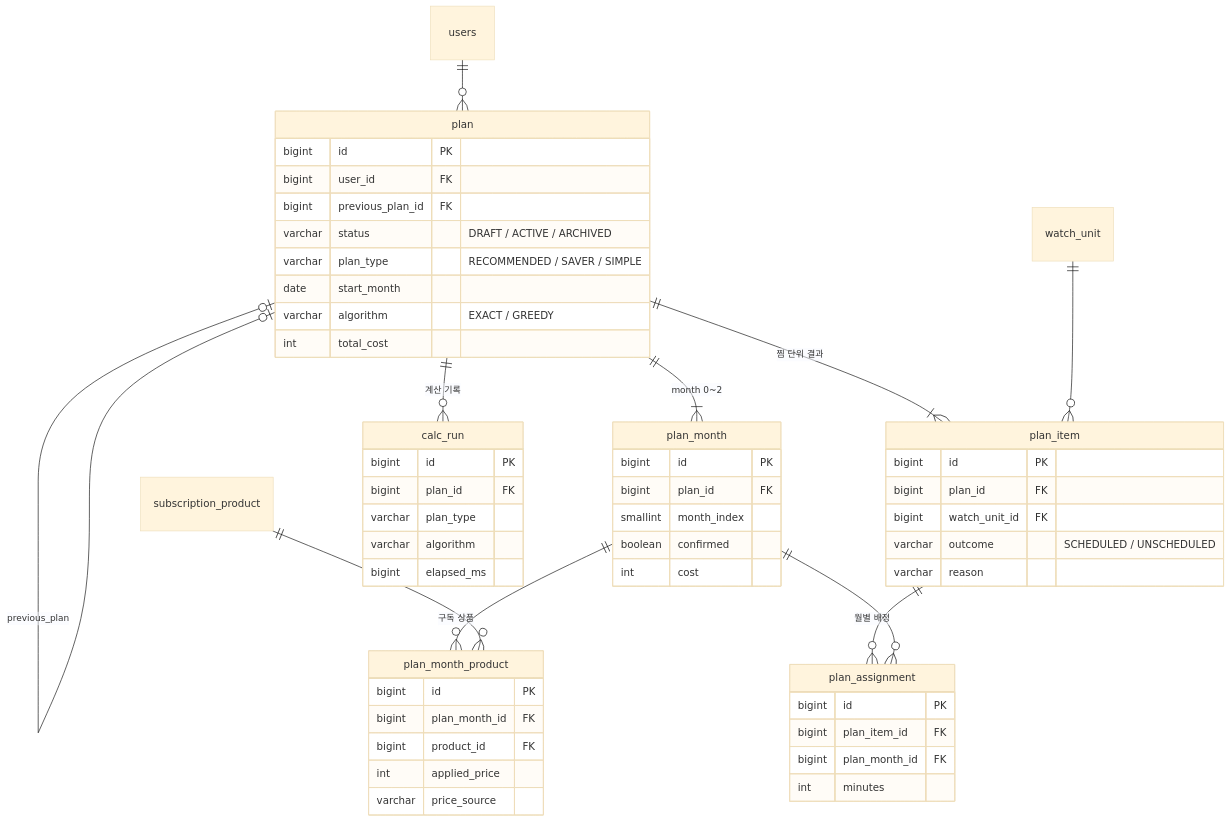
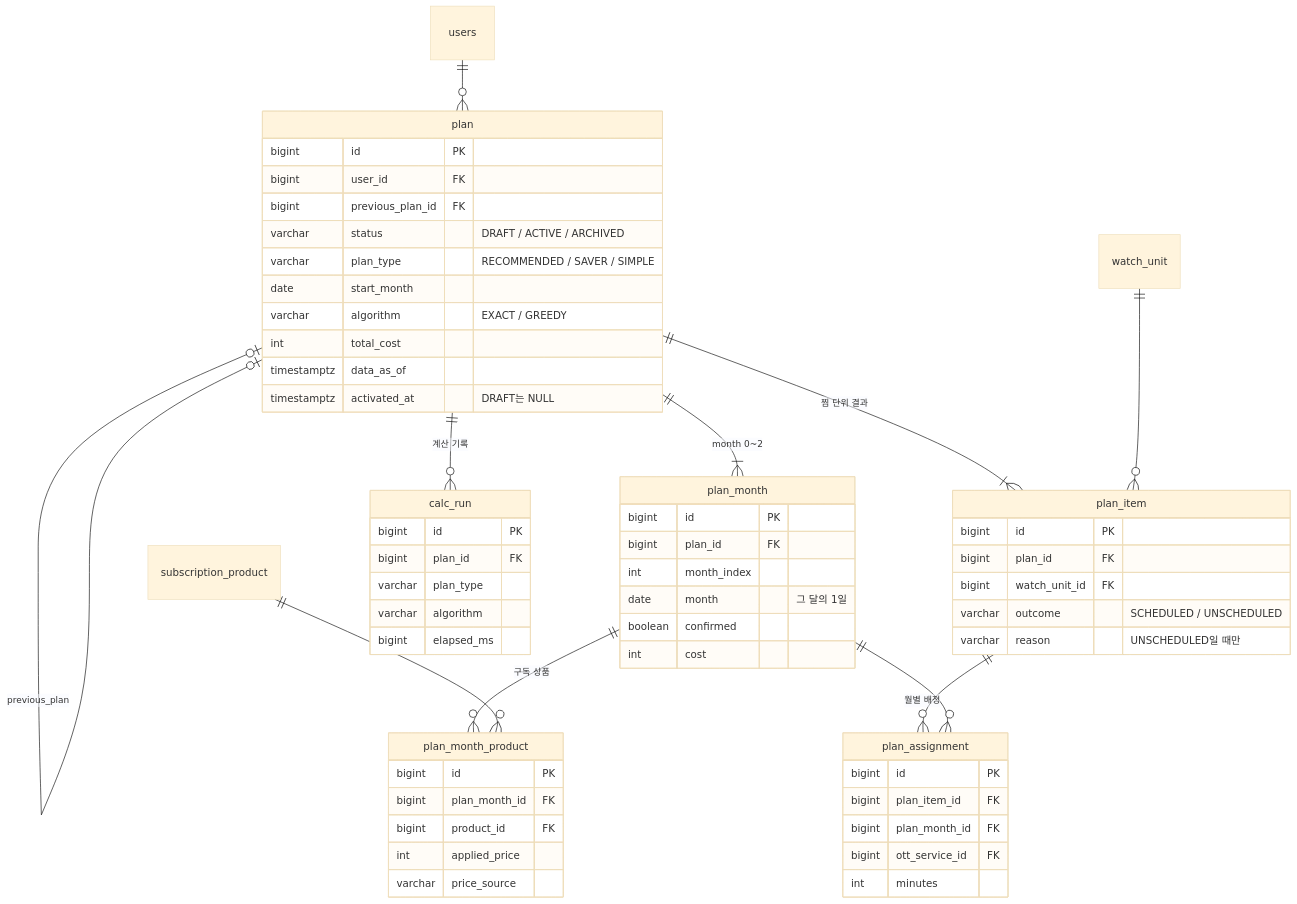
Before and after one commit to msw-Hub/ottnavi: the fifth of 5 diagrams in docs/ERD.md, drawn with Mermaid (base theme). The commit also changed other lines of this file and 8 other files, not shown here.

Commit message:
docs: Task 032 ERD v0.4 보정과 안내서, 문서 경로 정리, db-reviewer 에이전트 신설 (#45)

````diff
--- a/docs/ERD.md
+++ b/docs/ERD.md
@@ -303,57 +309,61 @@
 ```mermaid
 erDiagram
   users ||--o{ plan : ""
   plan |o--o| plan : "previous_plan"
   plan ||--|{ plan_month : "month 0~2"
   plan ||--|{ plan_item : "찜 단위 결과"
   plan_month ||--o{ plan_month_product : "구독 상품"
   subscription_product ||--o{ plan_month_product : ""
   plan_item ||--o{ plan_assignment : "월별 배정"
   plan_month ||--o{ plan_assignment : ""
   watch_unit ||--o{ plan_item : ""
   plan ||--o{ calc_run : "계산 기록"
   plan {
     bigint id PK
     bigint user_id FK
     bigint previous_plan_id FK
     varchar status "DRAFT / ACTIVE / ARCHIVED"
     varchar plan_type "RECOMMENDED / SAVER / SIMPLE"
     date start_month
     varchar algorithm "EXACT / GREEDY"
     int total_cost
+    timestamptz data_as_of
+    timestamptz activated_at "DRAFT는 NULL"
   }
   plan_month {
     bigint id PK
     bigint plan_id FK
-    smallint month_index
+    int month_index
+    date month "그 달의 1일"
     boolean confirmed
     int cost
   }
   plan_month_product {
     bigint id PK
     bigint plan_month_id FK
     bigint product_id FK
     int applied_price
     varchar price_source
   }
   plan_item {
     bigint id PK
     bigint plan_id FK
     bigint watch_unit_id FK
     varchar outcome "SCHEDULED / UNSCHEDULED"
-    varchar reason
+    varchar reason "UNSCHEDULED일 때만"
   }
   plan_assignment {
     bigint id PK
     bigint plan_item_id FK
     bigint plan_month_id FK
+    bigint ott_service_id FK
     int minutes
   }
   calc_run {
     bigint id PK
     bigint plan_id FK
     varchar plan_type
     varchar algorithm
     bigint elapsed_ms
   }
 ```
````
